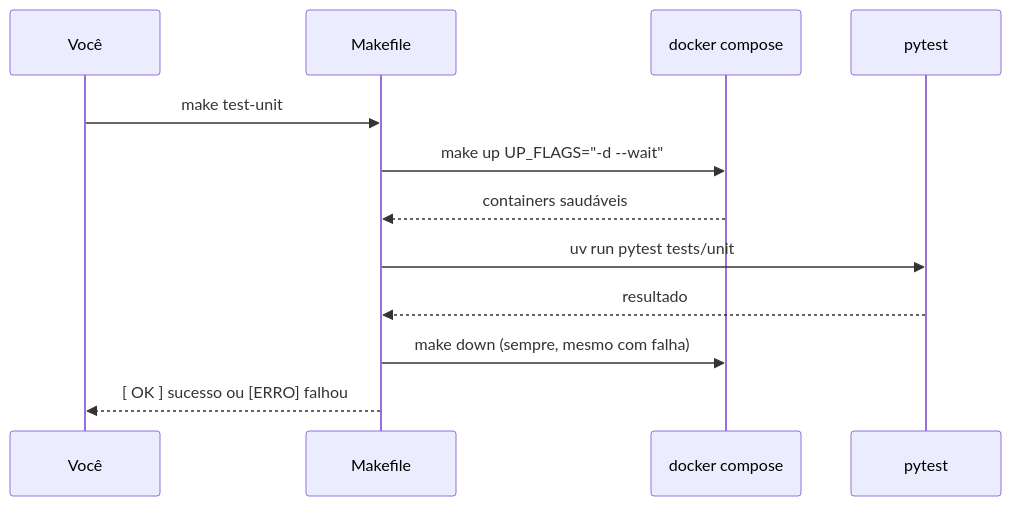
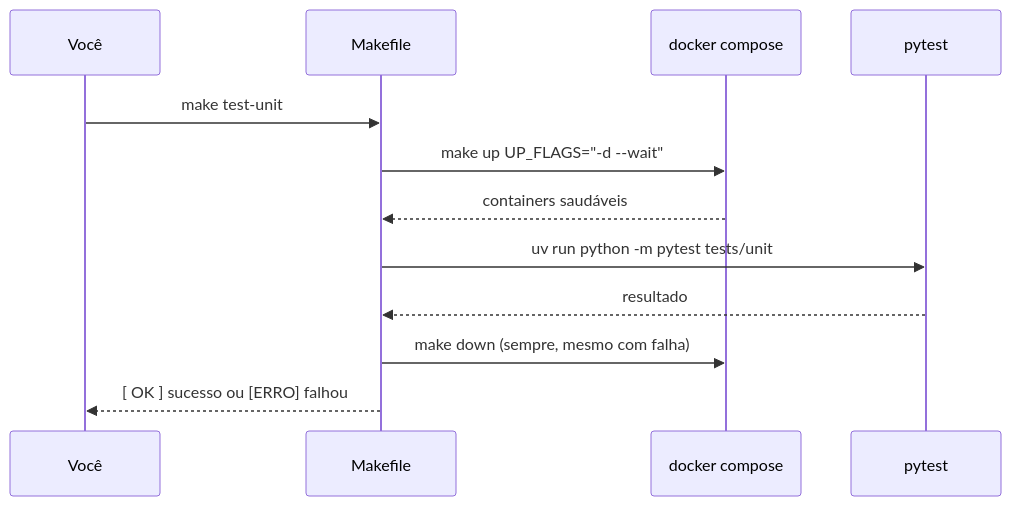
Diagram 17 of 19 in docs/guia-visual.md (aeciopires/mba-ia-desafio-criacao-agente), drawn with Mermaid before and after one commit. The commit also changed other lines of this file and 21 other files, not shown here.

````diff
--- a/docs/guia-visual.md
+++ b/docs/guia-visual.md
@@ -517,15 +519,15 @@
 ```mermaid
 sequenceDiagram
     participant DEV as Você
     participant MK as Makefile
     participant DC as docker compose
     participant PT as pytest
 
     DEV->>MK: make test-unit
     MK->>DC: make up UP_FLAGS="-d --wait"
     DC-->>MK: containers saudáveis
-    MK->>PT: uv run pytest tests/unit
+    MK->>PT: uv run python -m pytest tests/unit
     PT-->>MK: resultado
     MK->>DC: make down (sempre, mesmo com falha)
     MK-->>DEV: [ OK ] sucesso ou [ERRO] falhou
 ```
````
